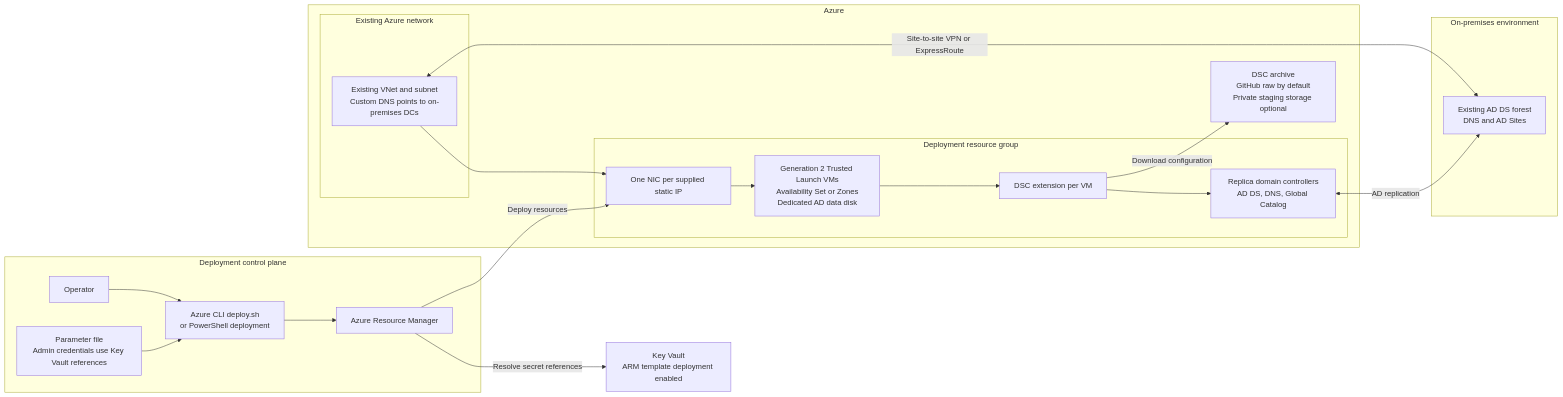
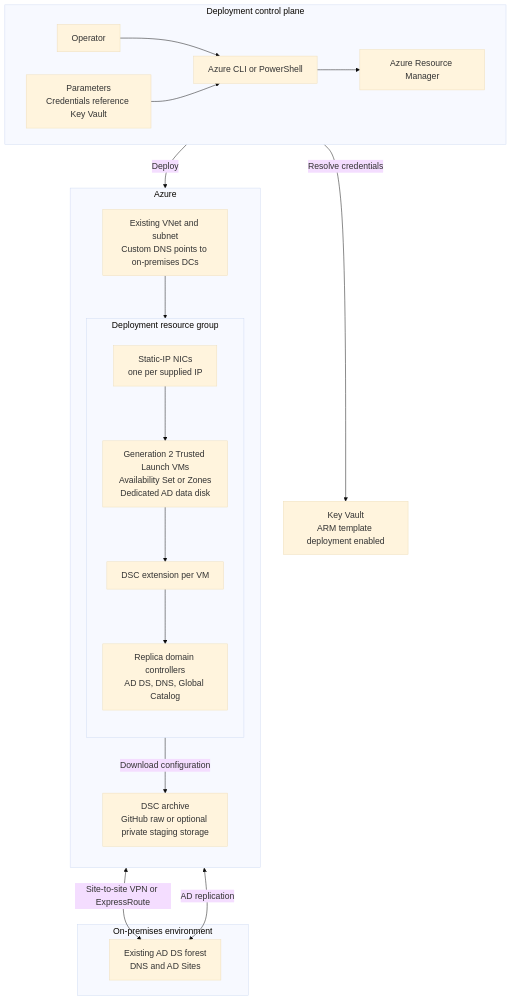
The diagram in README.md (sbkuehn/replicaDcs), drawn with Mermaid before and after one commit.

Commit message:
Improve replica DC architecture diagram

````diff
--- a/README.md
+++ b/README.md
@@ -5,39 +5,37 @@
 ```mermaid
-flowchart LR
-	subgraph Deploy[Deployment control plane]
-		Operator[Operator]
-		Parameters[Parameter file<br/>Admin credentials use Key Vault references]
-		Scripts[Azure CLI deploy.sh<br/>or PowerShell deployment]
-		ARM[Azure Resource Manager]
-		Operator --> Scripts
-		Parameters --> Scripts
-		Scripts --> ARM
-	end
+%%{init: {"theme": "base", "themeVariables": {"fontSize": "18px"}, "flowchart": {"nodeSpacing": 48, "rankSpacing": 64}}}%%
+flowchart TB
+  subgraph Deploy[Deployment control plane]
+    direction LR
+    Operator[Operator] --> Tool[Azure CLI or PowerShell]
+    Parameters[Parameters<br/>Credentials reference Key Vault] --> Tool
+    Tool --> ARM[Azure Resource Manager]
+  end
 
-	KeyVault[Key Vault<br/>ARM template deployment enabled]
-	ARM -->|Resolve secret references| KeyVault
+  KeyVault[Key Vault<br/>ARM template deployment enabled]
+  ARM -->|Resolve credentials| KeyVault
 
-	subgraph Azure[Azure]
-		subgraph Existing[Existing Azure network]
-			VNet[Existing VNet and subnet<br/>Custom DNS points to on-premises DCs]
-		end
-		subgraph Target[Deployment resource group]
-			NICs[One NIC per supplied static IP]
-			VMs[Generation 2 Trusted Launch VMs<br/>Availability Set or Zones<br/>Dedicated AD data disk]
-			DSC[DSC extension per VM]
-			ReplicaDCs[Replica domain controllers<br/>AD DS, DNS, Global Catalog]
-			NICs --> VMs --> DSC --> ReplicaDCs
-		end
-		Artifacts[DSC archive<br/>GitHub raw by default<br/>Private staging storage optional]
-	end
+  subgraph Azure[Azure]
+    direction TB
+    VNet[Existing VNet and subnet<br/>Custom DNS points to on-premises DCs]
+    subgraph Target[Deployment resource group]
+      direction TB
+      NICs[Static-IP NICs<br/>one per supplied IP]
+      VMs[Generation 2 Trusted Launch VMs<br/>Availability Set or Zones<br/>Dedicated AD data disk]
+      DSC[DSC extension per VM]
+      ReplicaDCs[Replica domain controllers<br/>AD DS, DNS, Global Catalog]
+      NICs --> VMs --> DSC --> ReplicaDCs
+    end
+    Artifacts[DSC archive<br/>GitHub raw or optional private staging storage]
+    DSC -->|Download configuration| Artifacts
+  end
 
-	ARM -->|Deploy resources| NICs
-	VNet --> NICs
-	DSC -->|Download configuration| Artifacts
+  ARM -->|Deploy| NICs
+  VNet --> NICs
 
-	subgraph OnPrem[On-premises environment]
-		AD[Existing AD DS forest<br/>DNS and AD Sites]
-	end
-	VNet <-->|Site-to-site VPN or ExpressRoute| AD
-	ReplicaDCs <-->|AD replication| AD
+  subgraph OnPrem[On-premises environment]
+    AD[Existing AD DS forest<br/>DNS and AD Sites]
+  end
+  VNet <-->|Site-to-site VPN or ExpressRoute| AD
+  ReplicaDCs <-->|AD replication| AD
 ```
````
